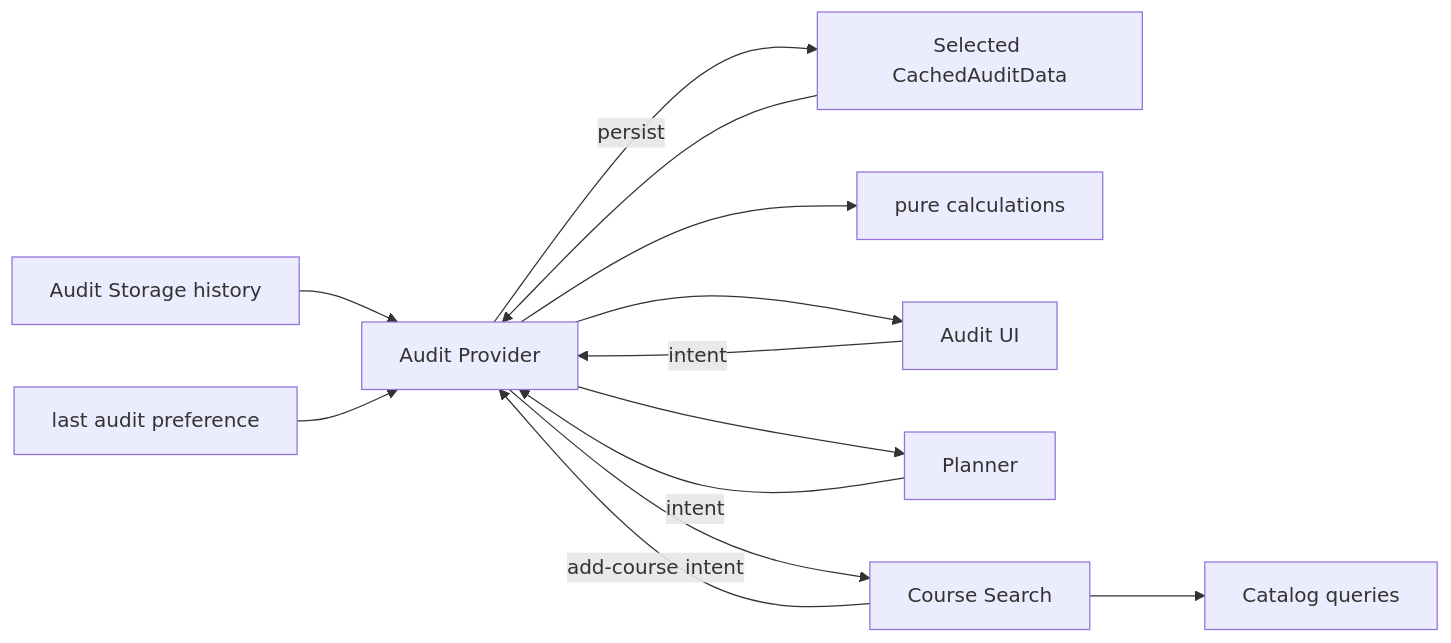
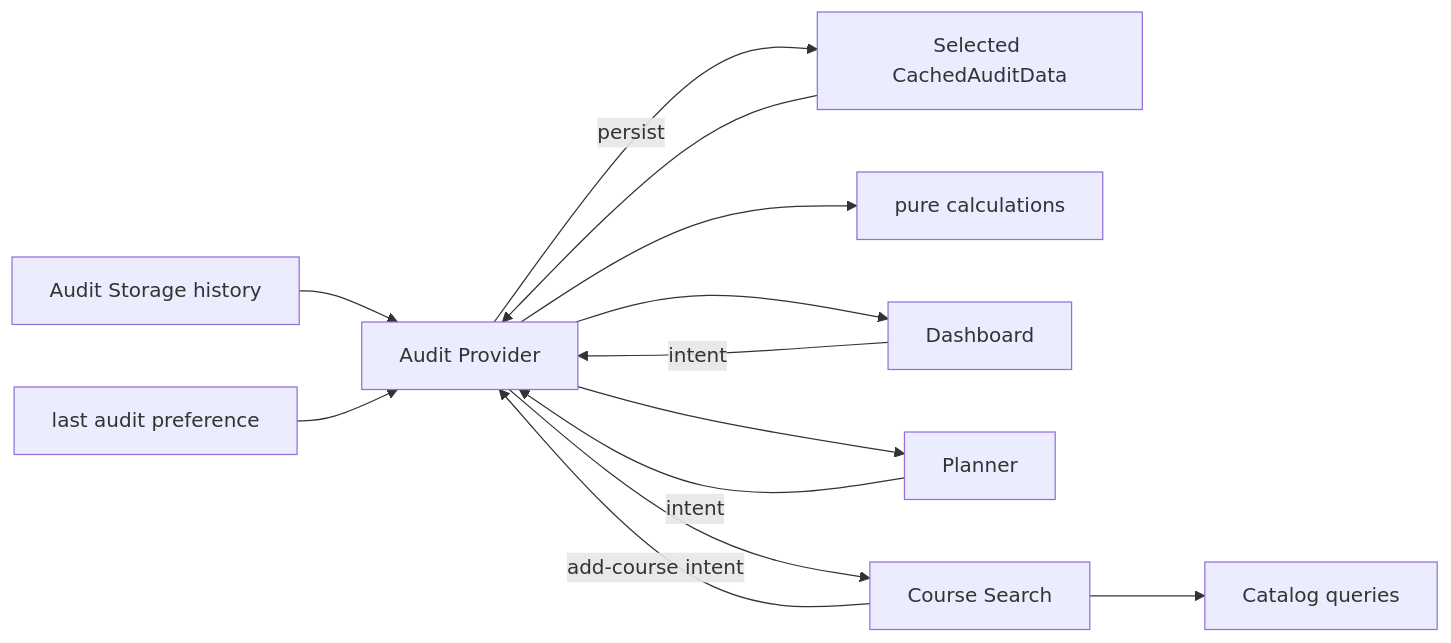
Before and after one commit to Longhorn-Developers/Degree-Audit-Plus: the third of 3 diagrams in docs/architecture.md, drawn with Mermaid. The commit also changed other lines of this file and 31 other files, not shown here.

````diff
--- a/docs/architecture.md
+++ b/docs/architecture.md
@@ -224,15 +232,15 @@
 ```mermaid
 flowchart LR
     History["Audit Storage history"] --> Provider["Audit Provider"]
     Data["Selected CachedAuditData"] --> Provider
     Preferences["last audit preference"] --> Provider
     Provider --> Calculations["pure calculations"]
-    Provider --> AuditUI["Audit UI"]
+    Provider --> Dashboard["Dashboard"]
     Provider --> Planner["Planner"]
     Provider --> Search["Course Search"]
     Search --> Catalog["Catalog queries"]
-    AuditUI -->|intent| Provider
+    Dashboard -->|intent| Provider
     Planner -->|intent| Provider
     Search -->|add-course intent| Provider
     Provider -->|persist| Data
 ```
````
